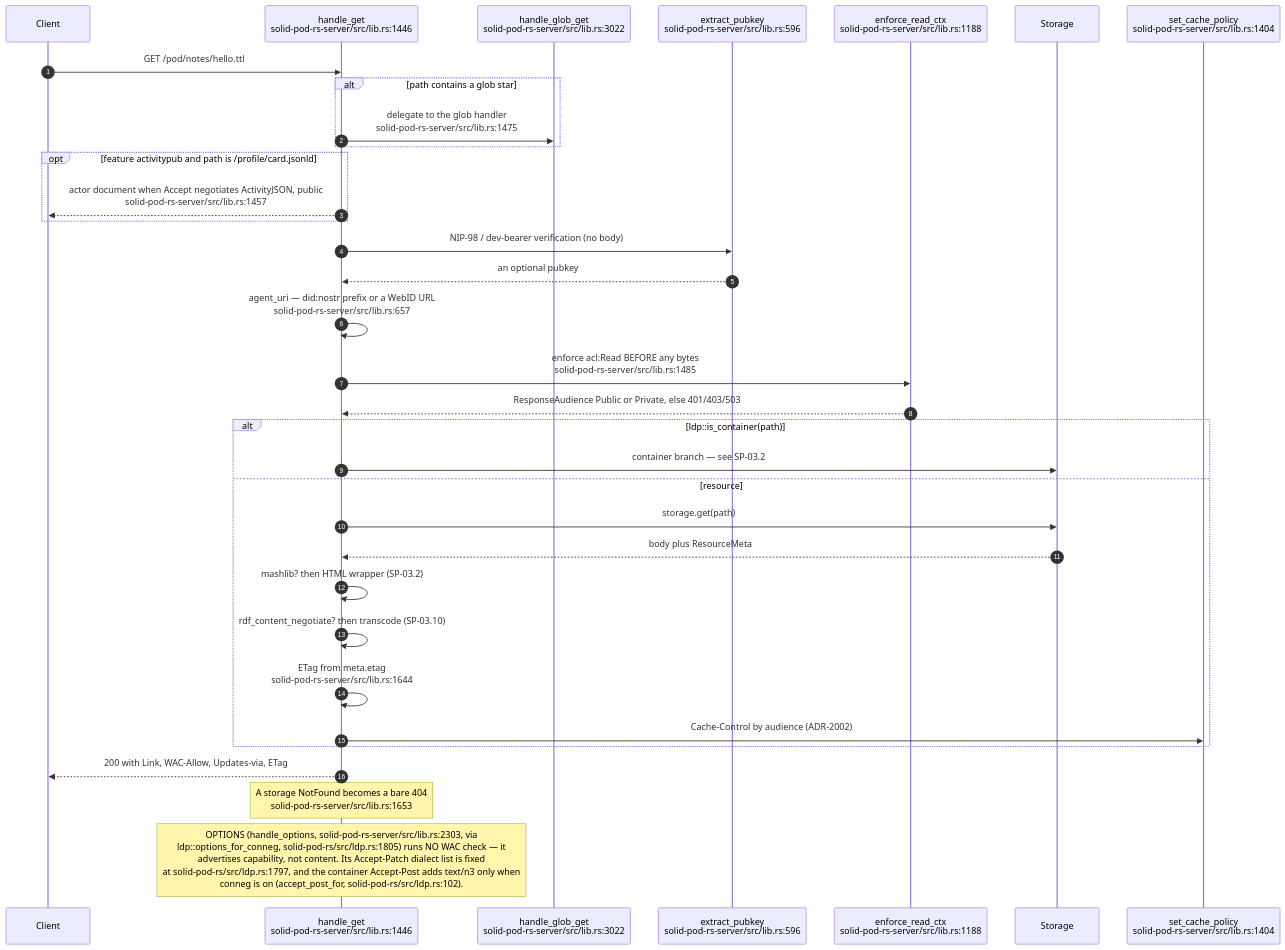
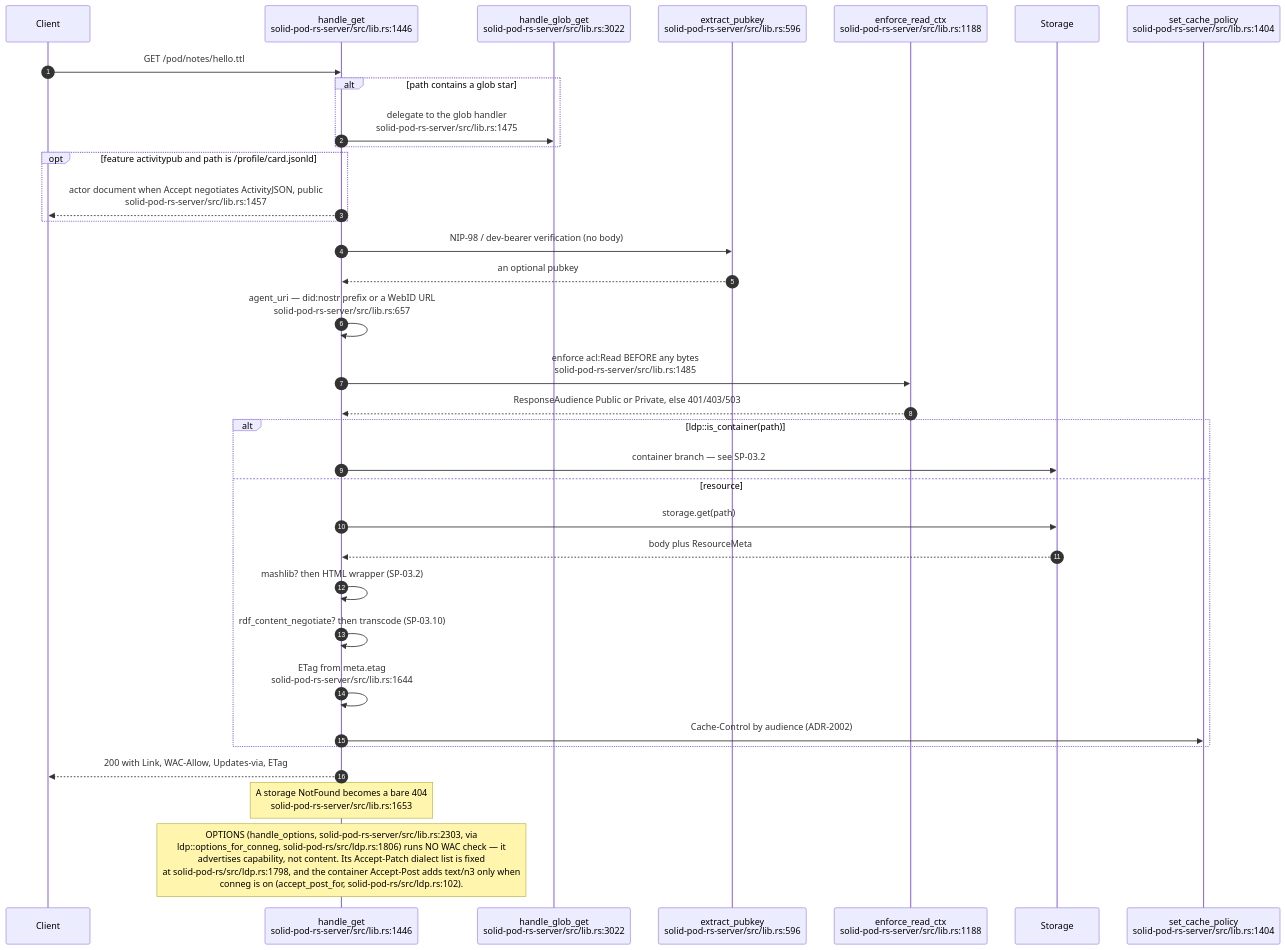
One commit to DreamLab-AI/VisionFlow changed the first of 11 diagrams in docs/diagrams/solid-pod-rs/03-ldp-request-lifecycle.md. Above: the diagram before and after it, drawn with Mermaid. The commit also changed other lines of this file and 145 other files, not shown here.

````diff
--- a/docs/diagrams/solid-pod-rs/03-ldp-request-lifecycle.md
+++ b/docs/diagrams/solid-pod-rs/03-ldp-request-lifecycle.md
@@ -17,37 +17,37 @@
 ```mermaid
 sequenceDiagram
     autonumber
     participant C as Client
     participant G as handle_get<br/>solid-pod-rs-server/src/lib.rs:1446
     participant GL as handle_glob_get<br/>solid-pod-rs-server/src/lib.rs:3022
     participant AU as extract_pubkey<br/>solid-pod-rs-server/src/lib.rs:596
     participant W as enforce_read_ctx<br/>solid-pod-rs-server/src/lib.rs:1188
     participant S as Storage
     participant CP as set_cache_policy<br/>solid-pod-rs-server/src/lib.rs:1404
 
     C->>G: GET /pod/notes/hello.ttl
     alt path contains a glob star
         G->>GL: delegate to the glob handler<br/>solid-pod-rs-server/src/lib.rs:1475
     end
     opt feature activitypub and path is /profile/card.jsonld
         G-->>C: actor document when Accept negotiates ActivityJSON, public<br/>solid-pod-rs-server/src/lib.rs:1457
     end
     G->>AU: NIP-98 / dev-bearer verification (no body)
     AU-->>G: an optional pubkey
     G->>G: agent_uri — did:nostr prefix or a WebID URL<br/>solid-pod-rs-server/src/lib.rs:657
     G->>W: enforce acl:Read BEFORE any bytes<br/>solid-pod-rs-server/src/lib.rs:1485
     W-->>G: ResponseAudience Public or Private, else 401/403/503
     alt ldp::is_container(path)
         G->>S: container branch — see SP-03.2
     else resource
         G->>S: storage.get(path)
         S-->>G: body plus ResourceMeta
         G->>G: mashlib? then HTML wrapper (SP-03.2)
         G->>G: rdf_content_negotiate? then transcode (SP-03.10)
         G->>G: ETag from meta.etag<br/>solid-pod-rs-server/src/lib.rs:1644
         G->>CP: Cache-Control by audience (ADR-2002)
     end
     G-->>C: 200 with Link, WAC-Allow, Updates-via, ETag
     Note over G: A storage NotFound becomes a bare 404<br/>solid-pod-rs-server/src/lib.rs:1653
-    Note over G: OPTIONS (handle_options, solid-pod-rs-server/src/lib.rs:2303, via<br/>ldp::options_for_conneg, solid-pod-rs/src/ldp.rs:1805) runs NO WAC check — it<br/>advertises capability, not content. Its Accept-Patch dialect list is fixed<br/>at solid-pod-rs/src/ldp.rs:1797, and the container Accept-Post adds text/n3 only when<br/>conneg is on (accept_post_for, solid-pod-rs/src/ldp.rs:102).
+    Note over G: OPTIONS (handle_options, solid-pod-rs-server/src/lib.rs:2303, via<br/>ldp::options_for_conneg, solid-pod-rs/src/ldp.rs:1806) runs NO WAC check — it<br/>advertises capability, not content. Its Accept-Patch dialect list is fixed<br/>at solid-pod-rs/src/ldp.rs:1798, and the container Accept-Post adds text/n3 only when<br/>conneg is on (accept_post_for, solid-pod-rs/src/ldp.rs:102).
 ```
````
